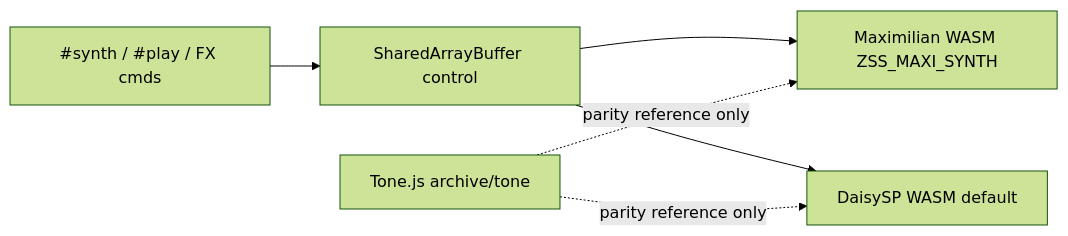
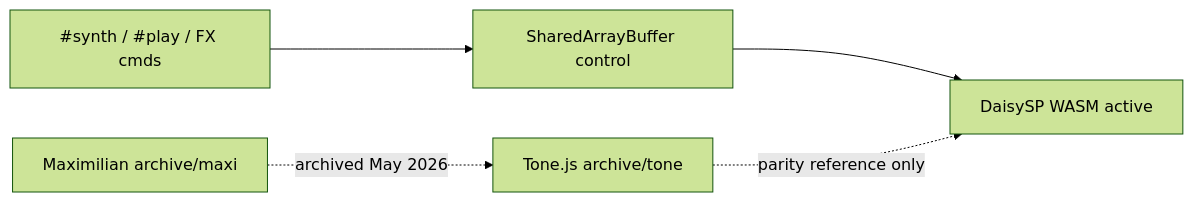
Before and after one commit to goldbuick/zed-software-system: the first of 3 diagrams in zss/feature/synth/docs/implementation-matrix.md, drawn with Mermaid (forest theme). The commit also changed other lines of this file and 142 other files, not shown here.

Commit message:
daisy synth work

````diff
--- a/zss/feature/synth/docs/implementation-matrix.md
+++ b/zss/feature/synth/docs/implementation-matrix.md
@@ -9,13 +9,12 @@
 ```mermaid
 flowchart LR
   synthCmd["#synth / #play / FX cmds"]
   sab["SharedArrayBuffer control"]
-  daisy["DaisySP WASM default"]
-  maxi["Maximilian WASM ZSS_MAXI_SYNTH"]
+  daisy["DaisySP WASM active"]
+  maxi["Maximilian archive/maxi"]
   tone["Tone.js archive/tone"]
   synthCmd --> sab
-  sab --> maxi
   sab --> daisy
-  tone -.->|"parity reference only"| maxi
   tone -.->|"parity reference only"| daisy
+  maxi -.->|"archived May 2026"| tone
 ```
````
